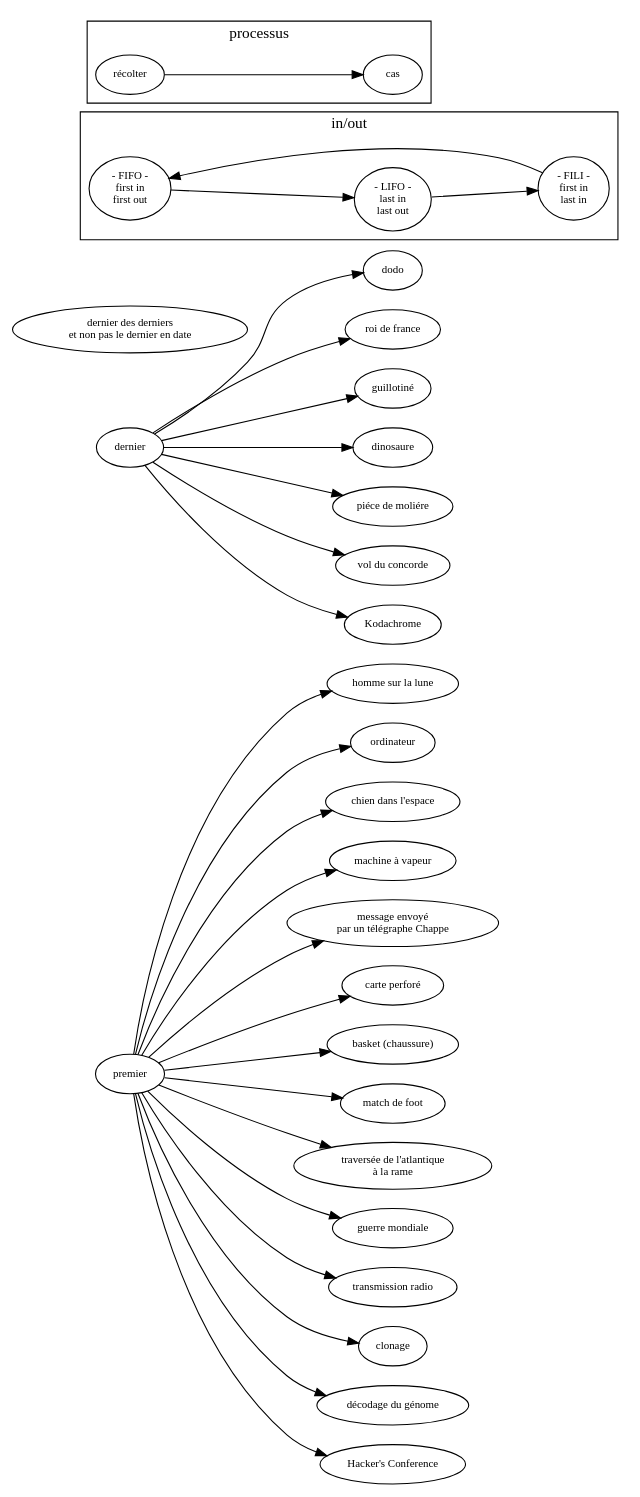
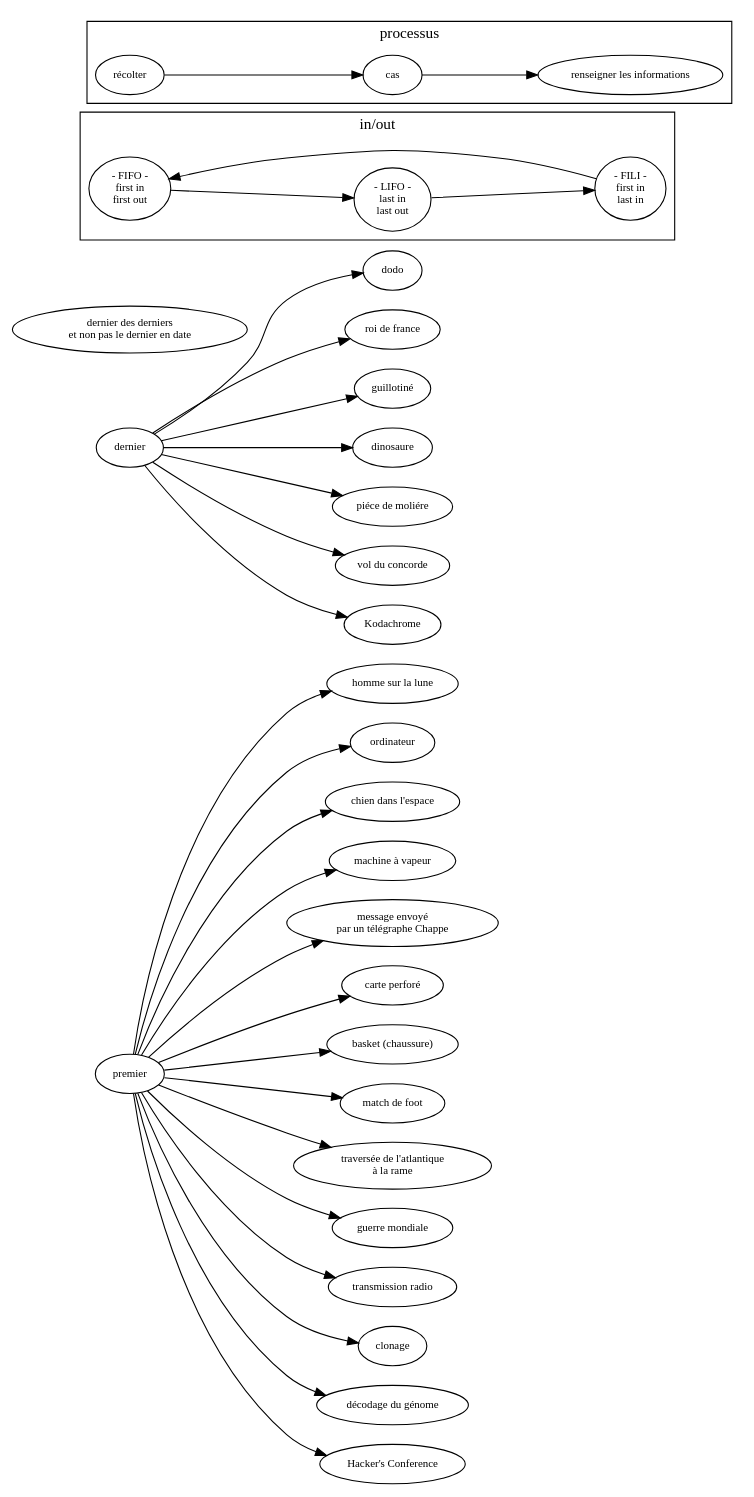
One commit to ensad-nancy/first-last changed the diagram in sujet.dot. Above: the diagram before and after it, drawn with Graphviz.

Commit message:
+		get -> cas -> "renseigner les informations"

```diff
--- a/sujet.dot
+++ b/sujet.dot
@@ -1,63 +1,63 @@
 digraph {
 
 	layout= "dot"
 	
 
 	fontname="myriadpro"
 	fontsize = 14
 	rankdir="LR"
 	
 	
 	node [fontname="myriadpro", fontsize = 10]
 	edge [fontname="monaco", fontsize = 9]
 	
 	first [label="premier"]
 	last [label="dernier"]
 	
 	"dernier des derniers\n et non pas le dernier en date" 
 
 	first -> "homme sur la lune"
 	first -> "ordinateur"
 	first -> "chien dans l'espace"
 	first -> "machine à vapeur"
 	first -> "message envoyé\npar un télégraphe Chappe"
 	first -> "carte perforé"
 	first -> "basket (chaussure)"
 	first -> "match de foot"
 	first -> "traversée de l'atlantique\nà la rame"
 	first -> "guerre mondiale"
 	first -> "transmission radio"
 	first -> "clonage"
 	first -> "décodage du génome"
 	first -> "Hacker's Conference"
 	
 	last -> dodo
 	last -> "roi de france"
 	last -> "guillotiné"
 	last -> "dinosaure"
 	last -> "piéce de moliére"
 	last -> "vol du concorde"
 	last -> "Kodachrome"
 
 	subgraph cluster_FO{
 	
 		label="in/out"
 		
 		FIFO [label="- FIFO -\nfirst in\nfirst out"]
 		LIFO [label="- LIFO -\nlast in\nlast out"]
 		FILI [label="- FILI -\nfirst in\n last in"]
 
 		FILI -> FIFO -> LIFO -> FILI
 	}
 	
 	subgraph cluster_process {
 		
 		label="processus"
 		
 		get [label="récolter"]
 		
-		get -> cas
+		get -> cas -> "renseigner les informations"
 	
 	}
 	
 }
```
